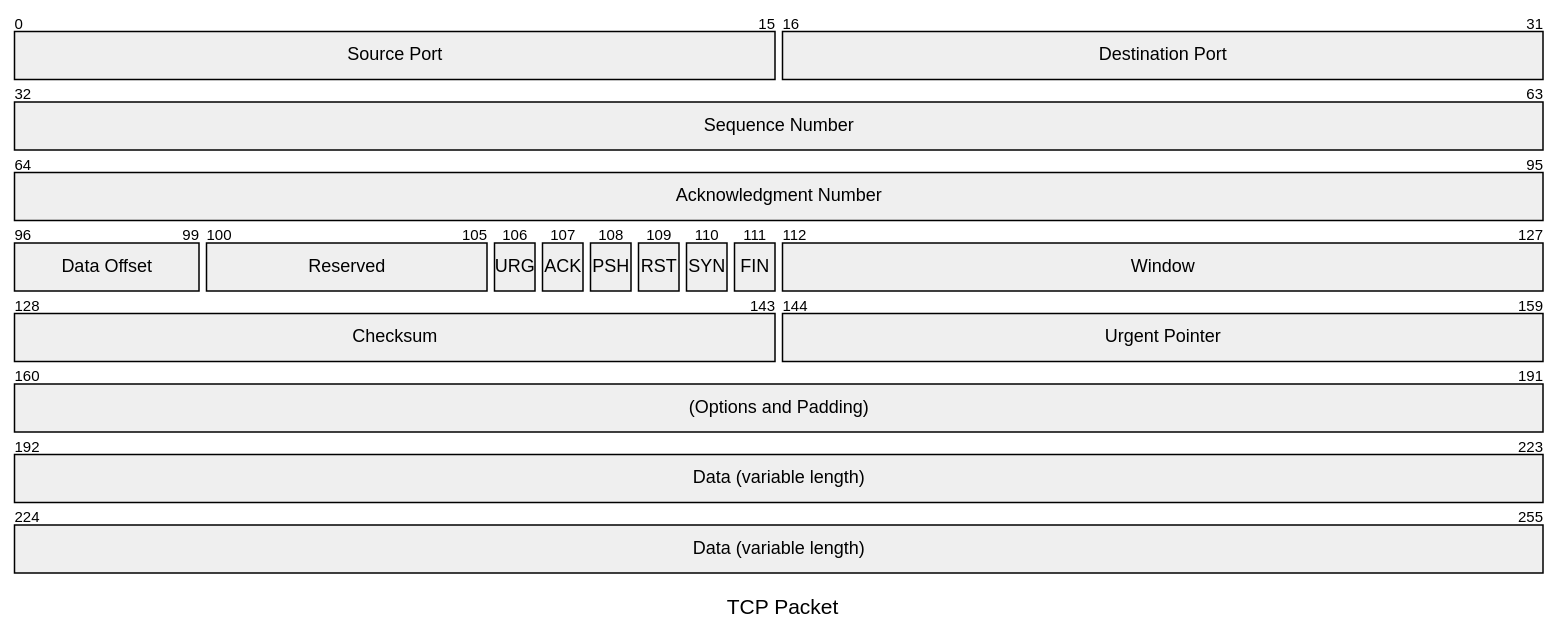
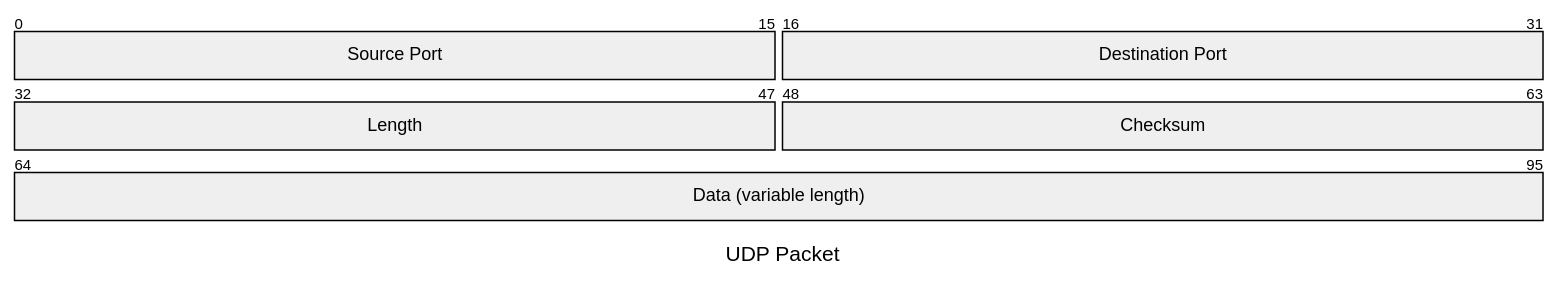
Before and after one commit to PottarrPongs/KMITL-SE-Classes-Archive: the diagram in SE16/Year2/Semester2/Computer-Networks/Notes/Lecture4.md, drawn with Mermaid. The commit also changed other lines of this file and 9 other files, not shown here.

````diff
--- a/SE16/Year2/Semester2/Computer-Networks/Notes/Lecture4.md
+++ b/SE16/Year2/Semester2/Computer-Networks/Notes/Lecture4.md
@@ -18,23 +18,9 @@
 ```mermaid
----
-title: "TCP Packet"
----
 packet
-0-15: "Source Port"
-16-31: "Destination Port"
-32-63: "Sequence Number"
-64-95: "Acknowledgment Number"
-96-99: "Data Offset"
-100-105: "Reserved"
-106: "URG"
-107: "ACK"
-108: "PSH"
-109: "RST"
-110: "SYN"
-111: "FIN"
-112-127: "Window"
-128-143: "Checksum"
-144-159: "Urgent Pointer"
-160-191: "(Options and Padding)"
-192-255: "Data (variable length)"
+title UDP Packet
++16: "Source Port"
++16: "Destination Port"
+32-47: "Length"
+48-63: "Checksum"
+64-95: "Data (variable length)"
 ```
````
